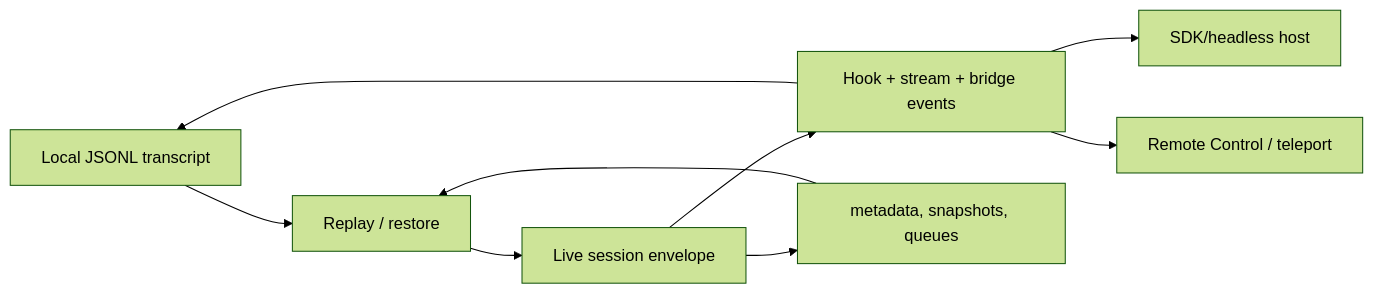
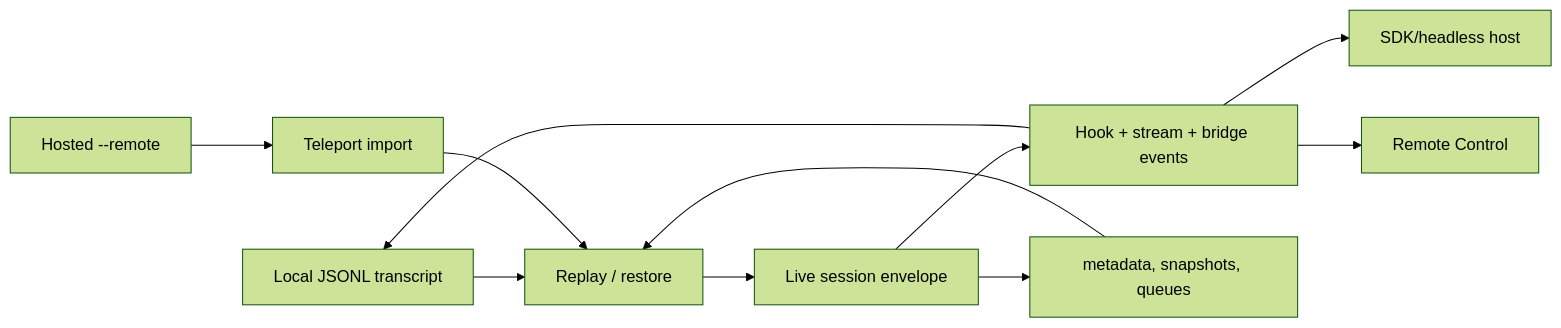
Before and after one commit to vibewatch/claude-code-internals: the second of 2 diagrams in docs/04-sessions-persistence-remote/session-api-events-and-storage.md, drawn with Mermaid (forest theme). The commit also changed other lines of this file and 46 other files, not shown here.

````diff
--- a/docs/04-sessions-persistence-remote/session-api-events-and-storage.md
+++ b/docs/04-sessions-persistence-remote/session-api-events-and-storage.md
@@ -239,11 +261,13 @@
 ```mermaid
 flowchart LR
     Jsonl[Local JSONL transcript] --> Restore[Replay / restore]
     Restore --> Envelope[Live session envelope]
     Envelope --> Events[Hook + stream + bridge events]
     Events --> Jsonl
     Events --> SDK[SDK/headless host]
-    Events --> Remote[Remote Control / teleport]
+    Events --> RemoteControl[Remote Control]
+    Hosted[Hosted --remote] --> Teleport[Teleport import]
+    Teleport --> Restore
     Envelope --> Storage[metadata, snapshots, queues]
     Storage --> Restore
 ```
````
